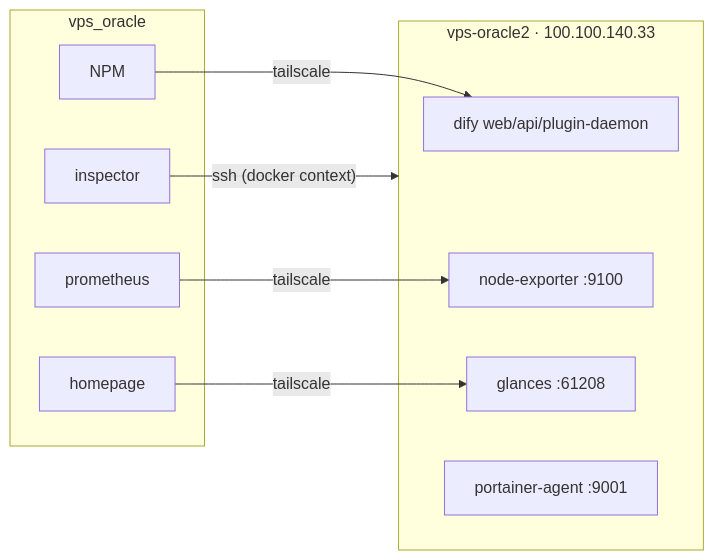
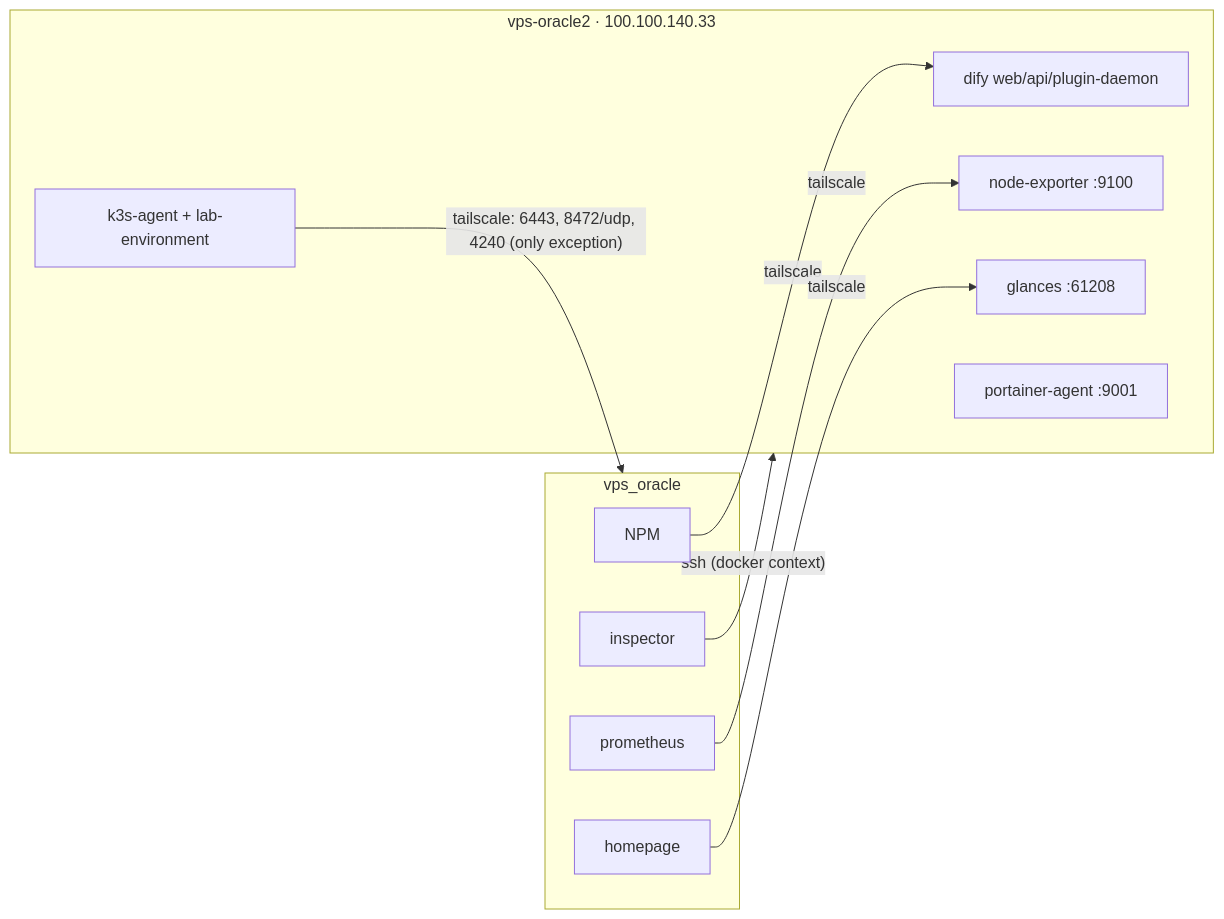
Before and after one commit to Jeromefromcn/docker-gitops: the diagram in vps_oracle2/README.md, drawn with Mermaid. The commit also changed other lines of this file and 4 other files, not shown here.

First line of the commit message:
docs: describe the two-node k3s cluster and the lab on vps-oracle2

````diff
--- a/vps_oracle2/README.md
+++ b/vps_oracle2/README.md
@@ -17,19 +18,21 @@
 ```mermaid
 flowchart LR
   subgraph oracle[vps_oracle]
     NPM[NPM]
     PROM[prometheus]
     HP[homepage]
     INS[inspector]
   end
   subgraph o2[vps-oracle2 · 100.100.140.33]
     DIFY[dify web/api/plugin-daemon]
     NE[node-exporter :9100]
     GL[glances :61208]
     PA[portainer-agent :9001]
+    AG[k3s-agent + lab-environment]
   end
   NPM -- tailscale --> DIFY
+  AG -- "tailscale: 6443, 8472/udp, 4240 (only exception)" --> oracle
   PROM -- tailscale --> NE
   HP -- tailscale --> GL
   INS -- "ssh (docker context)" --> o2
 ```
````
